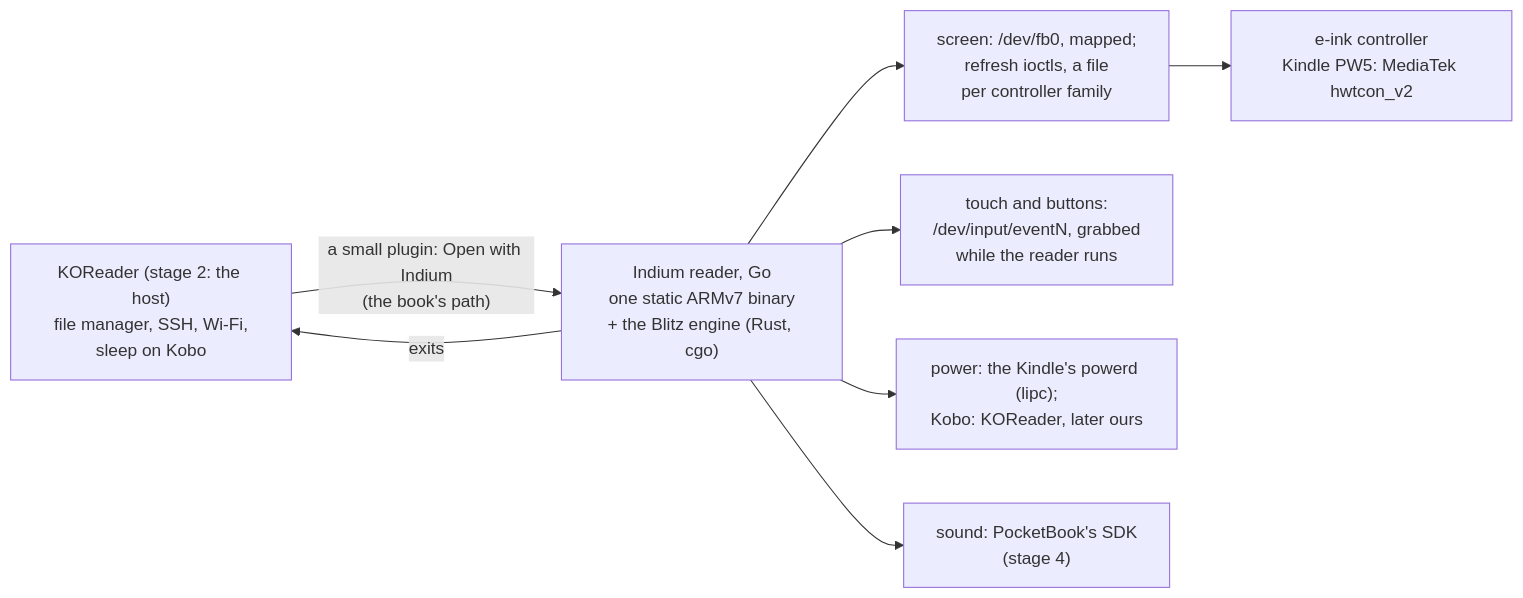
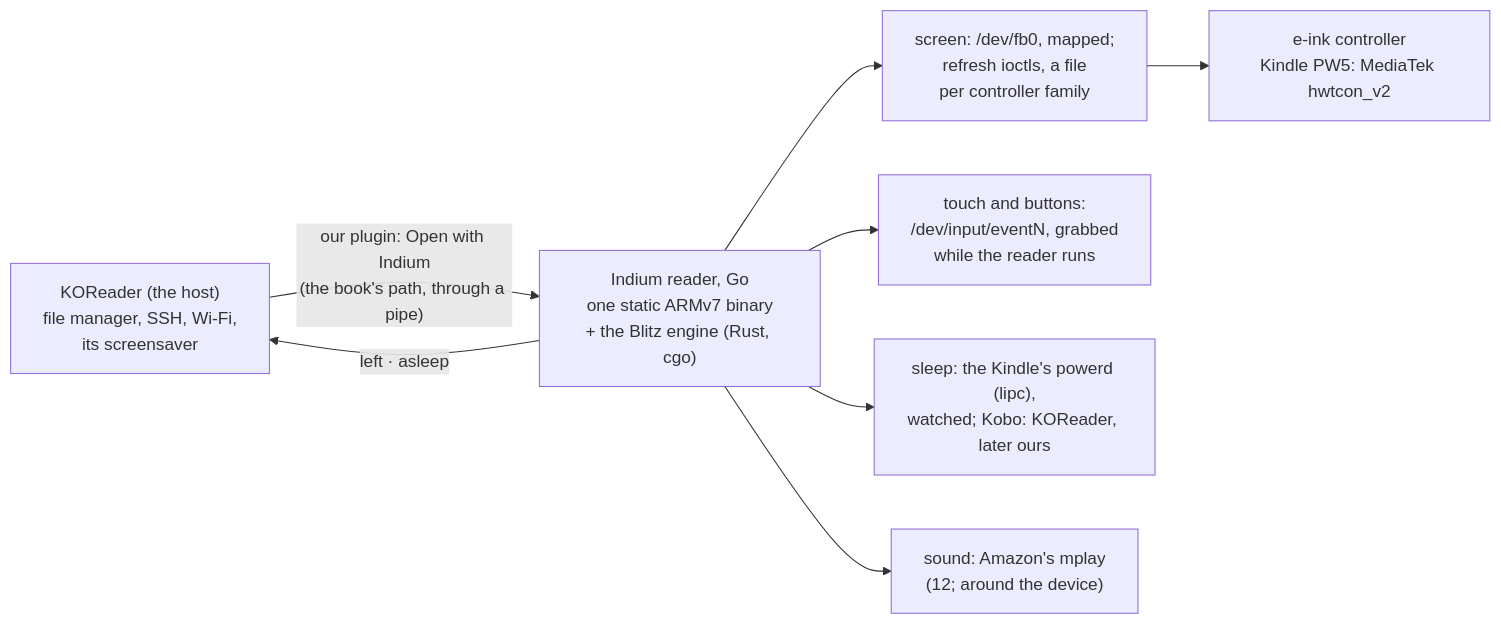
One commit to ardeshirj/shamsaink changed the fourth of 4 diagrams in docs/design.md. Above: the diagram before and after it, drawn with Mermaid. The commit also changed other lines of this file, not shown here.

Commit message:
Docs: the design brought up to the reader: its panels, the plugin, sleep

````diff
--- a/docs/design.md
+++ b/docs/design.md
@@ -134,10 +163,10 @@
 ```mermaid
 flowchart LR
-  ko["KOReader (stage 2: the host)<br/>file manager, SSH, Wi-Fi,<br/>sleep on Kobo"] -- "a small plugin: Open with Indium<br/>(the book's path)" --> app["Indium reader, Go<br/>one static ARMv7 binary<br/>+ the Blitz engine (Rust, cgo)"]
-  app -- "exits" --> ko
+  ko["KOReader (the host)<br/>file manager, SSH, Wi-Fi,<br/>its screensaver"] -- "our plugin: Open with Indium<br/>(the book's path, through a pipe)" --> app["Indium reader, Go<br/>one static ARMv7 binary<br/>+ the Blitz engine (Rust, cgo)"]
+  app -- "left · asleep" --> ko
   app --> scr["screen: /dev/fb0, mapped;<br/>refresh ioctls, a file<br/>per controller family"]
   app --> inp["touch and buttons:<br/>/dev/input/eventN, grabbed<br/>while the reader runs"]
-  app --> pw["power: the Kindle's powerd (lipc);<br/>Kobo: KOReader, later ours"]
-  app --> snd["sound: PocketBook's SDK<br/>(stage 4)"]
+  app --> pw["sleep: the Kindle's powerd (lipc),<br/>watched; Kobo: KOReader, later ours"]
+  app --> snd["sound: Amazon's mplay<br/>(12; around the device)"]
   scr --> panel["e-ink controller<br/>Kindle PW5: MediaTek hwtcon_v2"]
 ```
````
